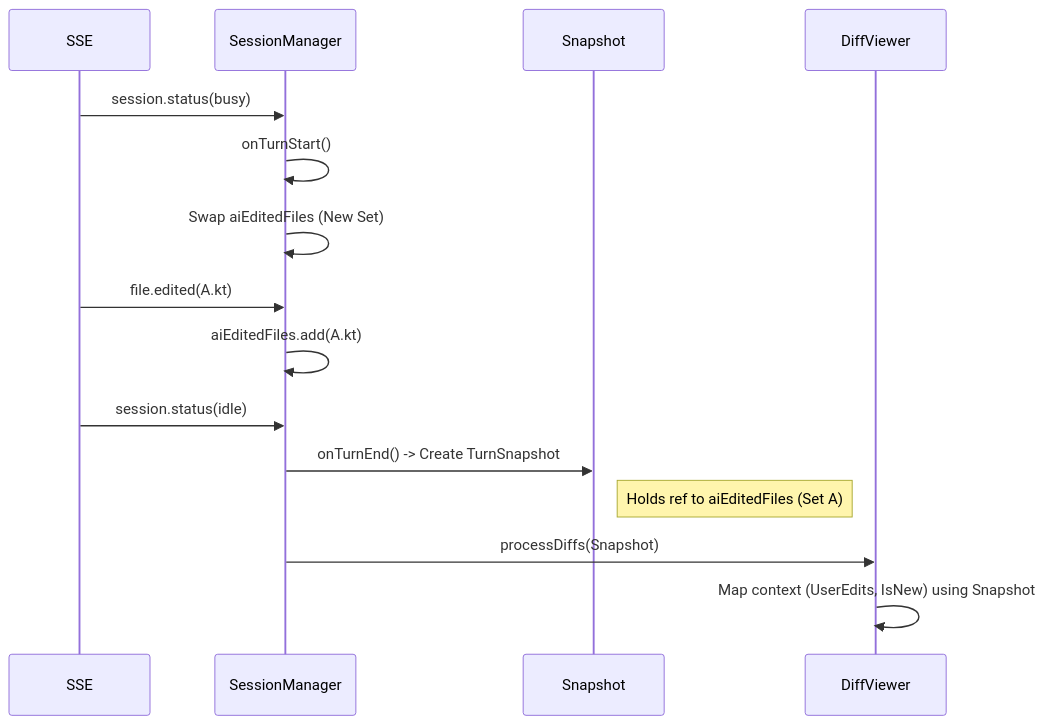
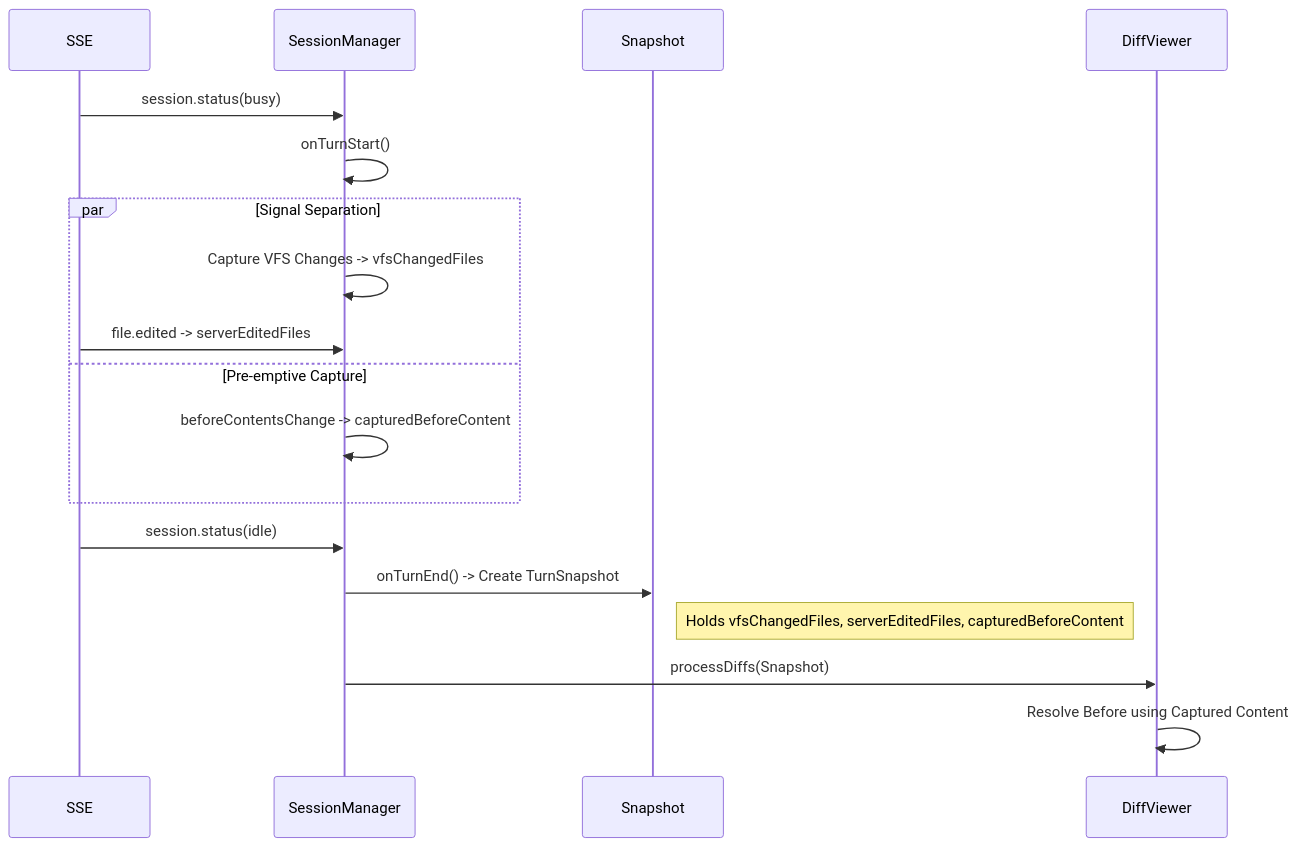
One commit to LaiZhou/OpenCode_UI changed the diagram in designDocs/testing_strategy.md. Above: the diagram before and after it, drawn with Mermaid. The commit also changed other lines of this file and 9 other files, not shown here.

````diff
--- a/designDocs/testing_strategy.md
+++ b/designDocs/testing_strategy.md
@@ -69,21 +77,24 @@
 ```mermaid
 sequenceDiagram
     participant SSE
     participant SessionManager
     participant Snapshot
     participant DiffViewer
 
     SSE->>SessionManager: session.status(busy)
     SessionManager->>SessionManager: onTurnStart()
-    SessionManager->>SessionManager: Swap aiEditedFiles (New Set)
     
-    SSE->>SessionManager: file.edited(A.kt)
-    SessionManager->>SessionManager: aiEditedFiles.add(A.kt)
+    par Signal Separation
+        SessionManager->>SessionManager: Capture VFS Changes -> vfsChangedFiles
+        SSE->>SessionManager: file.edited -> serverEditedFiles
+    and Pre-emptive Capture
+        SessionManager->>SessionManager: beforeContentsChange -> capturedBeforeContent
+    end
     
     SSE->>SessionManager: session.status(idle)
     SessionManager->>Snapshot: onTurnEnd() -> Create TurnSnapshot
-    Note right of Snapshot: Holds ref to aiEditedFiles (Set A)
+    Note right of Snapshot: Holds vfsChangedFiles, serverEditedFiles, capturedBeforeContent
     
     SessionManager->>DiffViewer: processDiffs(Snapshot)
-    DiffViewer->>DiffViewer: Map context (UserEdits, IsNew) using Snapshot
+    DiffViewer->>DiffViewer: Resolve Before using Captured Content
 ```
````
